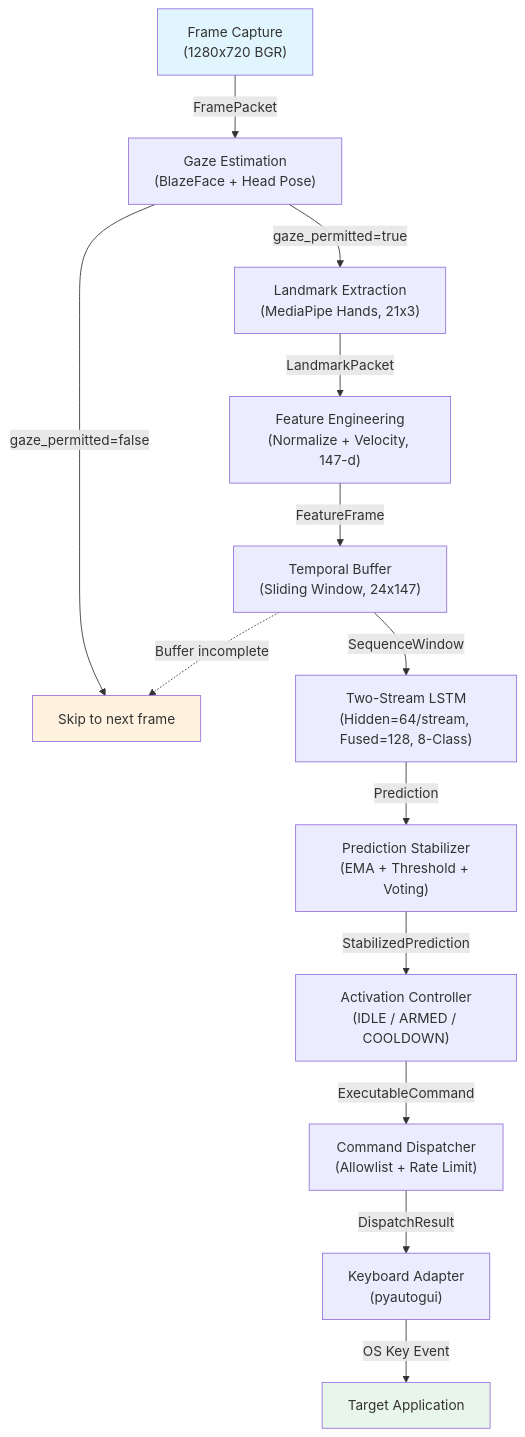
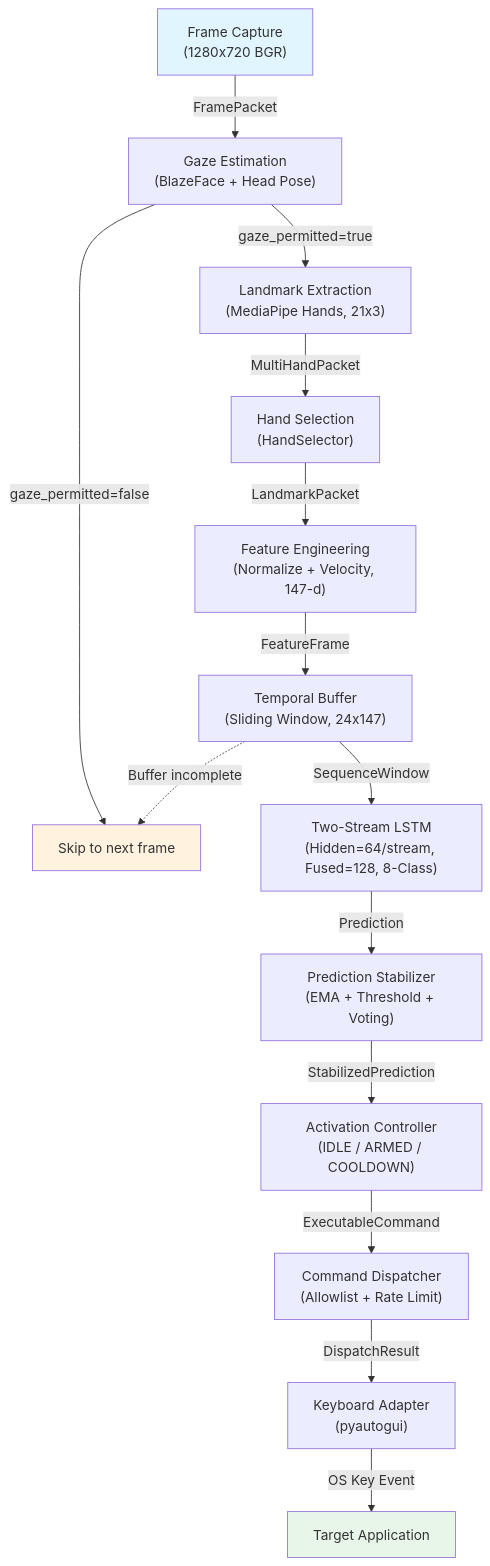
Before and after one commit to ntsrigaud/Maestro: the first of 2 diagrams in docs/architecture/data-flow.md, drawn with Mermaid. The commit also changed other lines of this file and 5 other files, not shown here.

First line of the commit message:
docs: align architecture documentation with current implementation

````diff
--- a/docs/architecture/data-flow.md
+++ b/docs/architecture/data-flow.md
@@ -9,20 +9,21 @@
 ```mermaid
 graph TD
     A["Frame Capture<br/>(1280x720 BGR)"] -->|FramePacket| B["Gaze Estimation<br/>(BlazeFace + Head Pose)"]
     B -->|gaze_permitted=false| Z["Skip to next frame"]
     B -->|gaze_permitted=true| C["Landmark Extraction<br/>(MediaPipe Hands, 21x3)"]
-    C -->|LandmarkPacket| D["Feature Engineering<br/>(Normalize + Velocity, 147-d)"]
+    C -->|MultiHandPacket| Cs["Hand Selection<br/>(HandSelector)"]
+    Cs -->|LandmarkPacket| D["Feature Engineering<br/>(Normalize + Velocity, 147-d)"]
     D -->|FeatureFrame| E["Temporal Buffer<br/>(Sliding Window, 24x147)"]
     E -->|SequenceWindow| F["Two-Stream LSTM<br/>(Hidden=64/stream, Fused=128, 8-Class)"]
     F -->|Prediction| G["Prediction Stabilizer<br/>(EMA + Threshold + Voting)"]
     G -->|StabilizedPrediction| H["Activation Controller<br/>(IDLE / ARMED / COOLDOWN)"]
     H -->|ExecutableCommand| I["Command Dispatcher<br/>(Allowlist + Rate Limit)"]
     I -->|DispatchResult| J["Keyboard Adapter<br/>(pyautogui)"]
     J -->|OS Key Event| K["Target Application"]
 
     E -.->|Buffer incomplete| Z
 
     style A fill:#e1f5fe
     style K fill:#e8f5e9
     style Z fill:#fff3e0
 ```
````
